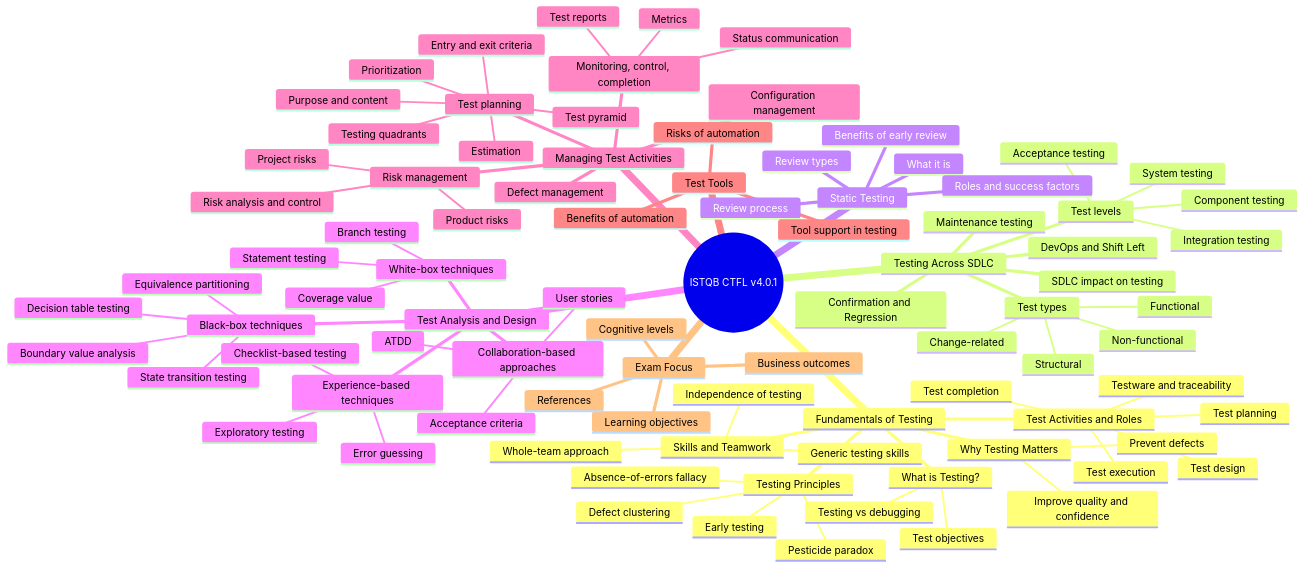
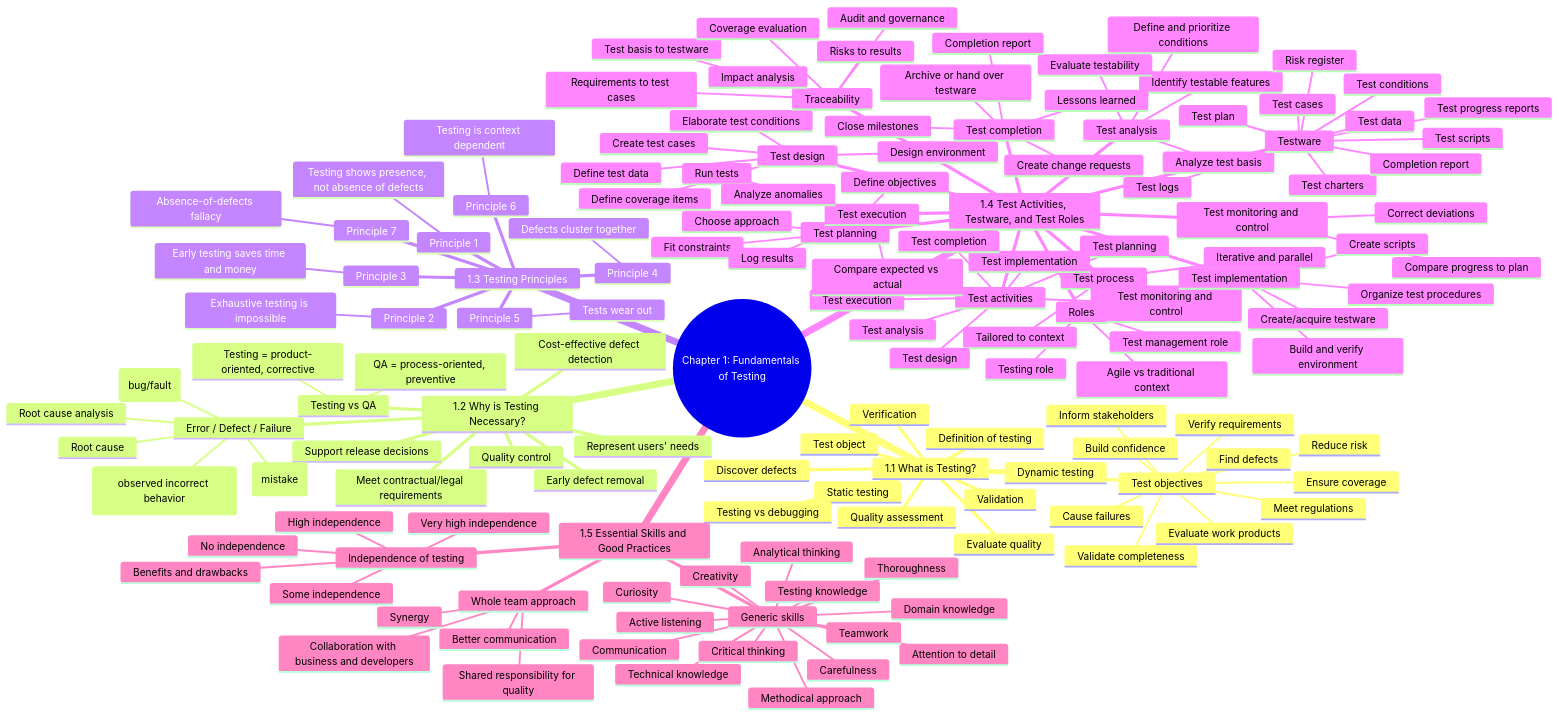
Before and after one commit to BaoNV1/ISTQB-app: the diagram in doc/ISTQB_mind_map.md, drawn with Mermaid. The commit also changed other lines of this file, not shown here.

````diff
--- a/doc/ISTQB_mind_map.md
+++ b/doc/ISTQB_mind_map.md
@@ -5,92 +5,152 @@
 ```mermaid
 mindmap
-  root((ISTQB CTFL v4.0.1))
-    Fundamentals of Testing
-      What is Testing?
-        Test objectives
-        Testing vs debugging
-      Why Testing Matters
-        Prevent defects
-        Improve quality and confidence
-      Testing Principles
-        Early testing
-        Defect clustering
-        Pesticide paradox
-        Absence-of-errors fallacy
-      Test Activities and Roles
+  root((Chapter 1: Fundamentals of Testing))
+    1.1 What is Testing?
+      Definition of testing
+      Test object
+      Quality assessment
+      Discover defects
+      Evaluate quality
+      Verification
+      Validation
+      Dynamic testing
+      Static testing
+      Testing vs debugging
+      Test objectives
+        Evaluate work products
+        Cause failures
+        Find defects
+        Ensure coverage
+        Reduce risk
+        Verify requirements
+        Meet regulations
+        Inform stakeholders
+        Build confidence
+        Validate completeness
+    1.2 Why is Testing Necessary?
+      Quality control
+      Cost-effective defect detection
+      Early defect removal
+      Support release decisions
+      Represent users' needs
+      Meet contractual/legal requirements
+      Testing vs QA
+        Testing = product-oriented, corrective
+        QA = process-oriented, preventive
+      Error / Defect / Failure
+        Error (mistake)
+        Defect (bug/fault)
+        Failure (observed incorrect behavior)
+        Root cause
+        Root cause analysis
+    1.3 Testing Principles
+      Principle 1
+        Testing shows presence, not absence of defects
+      Principle 2
+        Exhaustive testing is impossible
+      Principle 3
+        Early testing saves time and money
+      Principle 4
+        Defects cluster together
+      Principle 5
+        Tests wear out
+      Principle 6
+        Testing is context dependent
+      Principle 7
+        Absence-of-defects fallacy
+    1.4 Test Activities, Testware, and Test Roles
+      Test process
+        Tailored to context
+        Iterative and parallel
+      Test activities
         Test planning
+        Test monitoring and control
+        Test analysis
         Test design
+        Test implementation
         Test execution
         Test completion
-        Testware and traceability
-      Skills and Teamwork
-        Generic testing skills
-        Whole-team approach
-        Independence of testing
-    Testing Across SDLC
-      SDLC impact on testing
-      Test levels
-        Component testing
-        Integration testing
-        System testing
-        Acceptance testing
-      Test types
-        Functional
-        Non-functional
-        Structural
-        Change-related
-      Confirmation and Regression
-      Maintenance testing
-      DevOps and Shift Left
-    Static Testing
-      What it is
-      Benefits of early review
-      Review process
-      Review types
-      Roles and success factors
-    Test Analysis and Design
-      Black-box techniques
-        Equivalence partitioning
-        Boundary value analysis
-        Decision table testing
-        State transition testing
-      White-box techniques
-        Statement testing
-        Branch testing
-        Coverage value
-      Experience-based techniques
-        Error guessing
-        Exploratory testing
-        Checklist-based testing
-      Collaboration-based approaches
-        User stories
-        Acceptance criteria
-        ATDD
-    Managing Test Activities
       Test planning
-        Purpose and content
-        Entry and exit criteria
-        Estimation
-        Prioritization
-        Test pyramid
-        Testing quadrants
-      Risk management
-        Product risks
-        Project risks
-        Risk analysis and control
-      Monitoring, control, completion
-        Metrics
-        Test reports
-        Status communication
-      Configuration management
-      Defect management
-    Test Tools
-      Tool support in testing
-      Benefits of automation
-      Risks of automation
-    Exam Focus
-      Learning objectives
-      Cognitive levels
-      Business outcomes
-      References
+        Define objectives
+        Choose approach
+        Fit constraints
+      Test monitoring and control
+        Compare progress to plan
+        Correct deviations
+      Test analysis
+        Analyze test basis
+        Identify testable features
+        Define and prioritize conditions
+        Evaluate testability
+      Test design
+        Elaborate test conditions
+        Create test cases
+        Define coverage items
+        Define test data
+        Design environment
+      Test implementation
+        Create/acquire testware
+        Organize test procedures
+        Create scripts
+        Build and verify environment
+      Test execution
+        Run tests
+        Compare expected vs actual
+        Log results
+        Analyze anomalies
+      Test completion
+        Close milestones
+        Create change requests
+        Archive or hand over testware
+        Lessons learned
+        Completion report
+      Testware
+        Test plan
+        Risk register
+        Test progress reports
+        Test conditions
+        Test cases
+        Test charters
+        Test data
+        Test scripts
+        Test logs
+        Completion report
+      Traceability
+        Test basis to testware
+        Requirements to test cases
+        Risks to results
+        Coverage evaluation
+        Impact analysis
+        Audit and governance
+      Roles
+        Test management role
+        Testing role
+        Agile vs traditional context
+    1.5 Essential Skills and Good Practices
+      Generic skills
+        Testing knowledge
+        Thoroughness
+        Carefulness
+        Curiosity
+        Attention to detail
+        Methodical approach
+        Communication
+        Active listening
+        Teamwork
+        Analytical thinking
+        Critical thinking
+        Creativity
+        Technical knowledge
+        Domain knowledge
+      Whole team approach
+        Shared responsibility for quality
+        Collaboration with business and developers
+        Better communication
+        Synergy
+      Independence of testing
+        No independence
+        Some independence
+        High independence
+        Very high independence
+        Benefits and drawbacks
 ```
````
